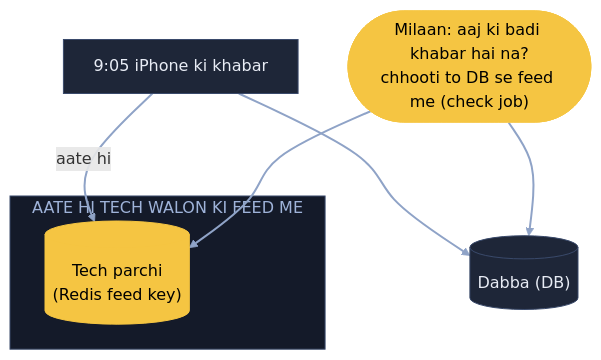
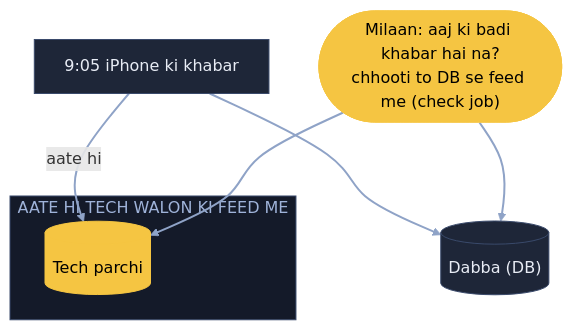
One commit to ArpanMaheshwari144/Prep changed the seventh of 14 diagrams in 04_HLD/SYSTEM_DESIGNS/08_news_aggregator/08_news_aggregator.md. Above: the diagram before and after it, drawn with Mermaid. The commit also changed other lines of this file and 20 other files, not shown here.

Commit message:
Diagram: sirf hand notes wale naam rahe (66 apne joda naam hataye); README 22-Nov tak update

````diff
--- a/04_HLD/SYSTEM_DESIGNS/08_news_aggregator/08_news_aggregator.md
+++ b/04_HLD/SYSTEM_DESIGNS/08_news_aggregator/08_news_aggregator.md
@@ -276,19 +276,19 @@
 ```mermaid
 flowchart TB
     W["9:05 iPhone ki khabar"]:::card
     D[("Dabba (DB)")]:::card
     subgraph AH["AATE HI TECH WALON KI FEED ME"]
-        P[("Tech parchi<br/>(Redis feed key)")]:::pill
+        P[("Tech parchi")]:::pill
     end
     J(["Milaan: aaj ki badi khabar hai na?<br/>chhooti to DB se feed me (check job)"]):::pill
     W --> D
     W -- "aate hi" --> P
     J --> P
     J --> D
     linkStyle default stroke:#8fa3c7,stroke-width:2px
     classDef card fill:#1e2638,stroke:#3a4a6b,color:#e8ecf5
     classDef pill fill:#f5c542,stroke:#f5c542,color:#000
     classDef good fill:#2e7d4f,stroke:#3fbf6f,color:#fff
     classDef bad fill:#5c1f24,stroke:#e05561,color:#fff
     style AH fill:#141a29,stroke:#3a4a6b,color:#9fb3d9
 ```
````
